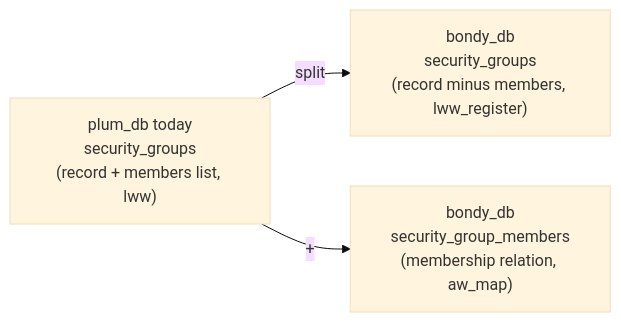
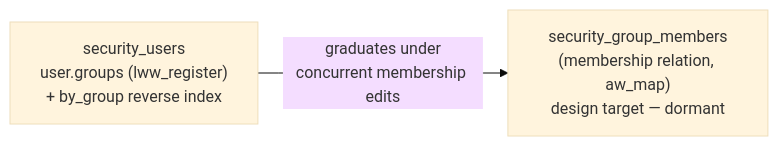
The fourth of 4 diagrams in apps/bondy_db/doc_extras/architecture/07_app_developers_tour.md (fer-c/bondy), drawn with Mermaid (base theme) before and after one commit. The commit also changed other lines of this file and 120 other files, not shown here.

````diff
--- a/apps/bondy_db/doc_extras/architecture/07_app_developers_tour.md
+++ b/apps/bondy_db/doc_extras/architecture/07_app_developers_tour.md
@@ -295,9 +358,7 @@
 ```mermaid
 flowchart LR
-    OLD["plum_db today<br/>security_groups<br/>(record + members list, lww)"]
-    NEW1["bondy_db<br/>security_groups<br/>(record minus members, lww_register)"]
-    NEW2["bondy_db<br/>security_group_members<br/>(membership relation, aw_map)"]
+    FWD["security_users<br/>user.groups (lww_register)<br/>+ by_group reverse index"]
+    AW["security_group_members<br/>(membership relation, aw_map)<br/>design target — dormant"]
 
-    OLD -->|"split"| NEW1
-    OLD -->|"+"| NEW2
+    FWD -->|"graduates under<br/>concurrent membership edits"| AW
 ```
````
